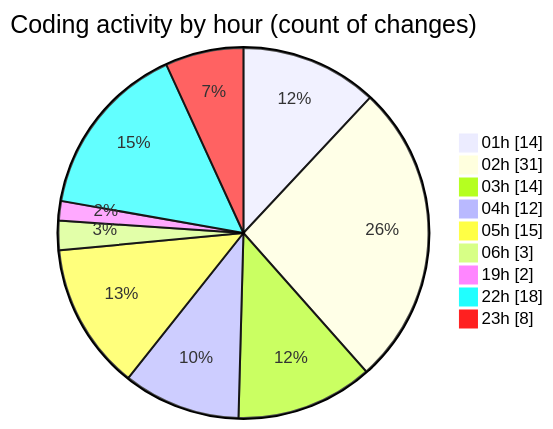
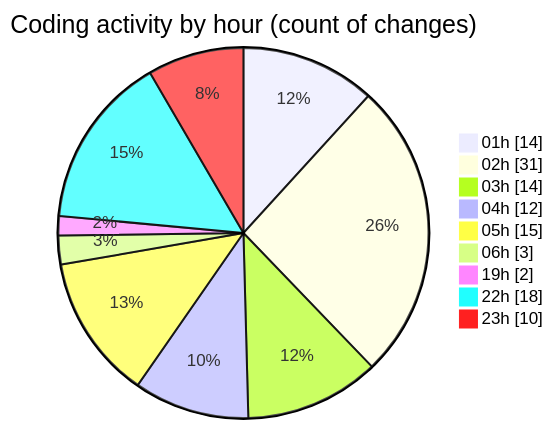
One commit to jrari/code-tracking changed the second of 2 diagrams in 2025-07-13/telebot/README.md. Above: the diagram before and after it, drawn with Mermaid. The commit also changed other lines of this file and 1 other file, not shown here.

````diff
--- a/2025-07-13/telebot/README.md
+++ b/2025-07-13/telebot/README.md
@@ -78,13 +79,13 @@
 ```mermaid
 pie showData
 title Coding activity by hour (count of changes)
 "01h" : 14
 "02h" : 31
 "03h" : 14
 "04h" : 12
 "05h" : 15
 "06h" : 3
 "19h" : 2
 "22h" : 18
-"23h" : 8
+"23h" : 10
 ```
````
